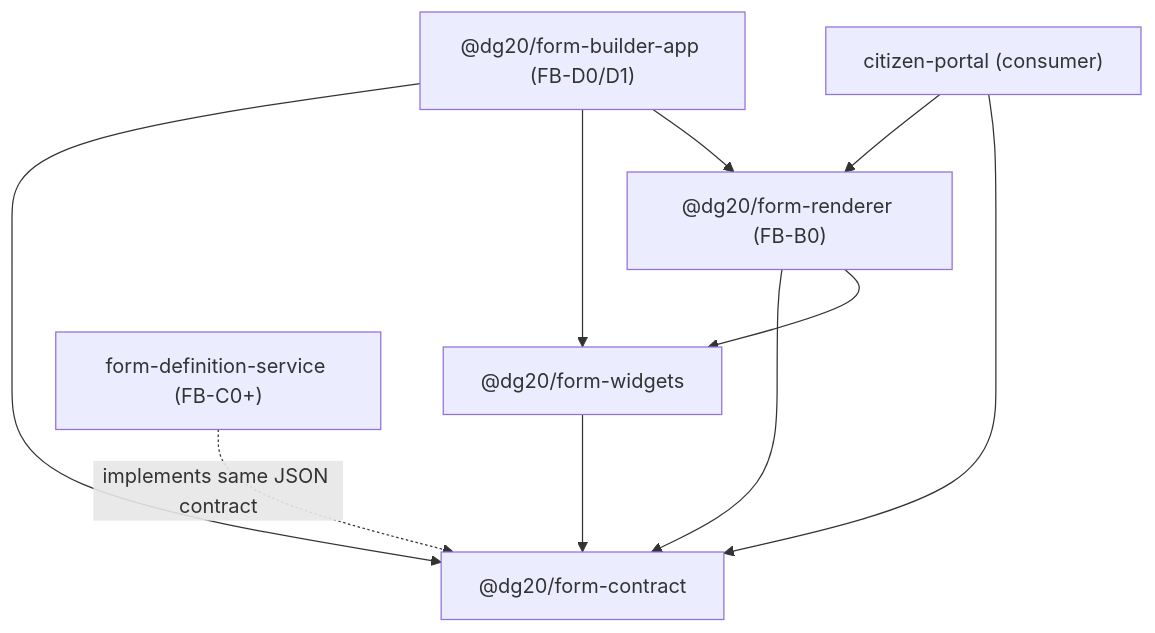
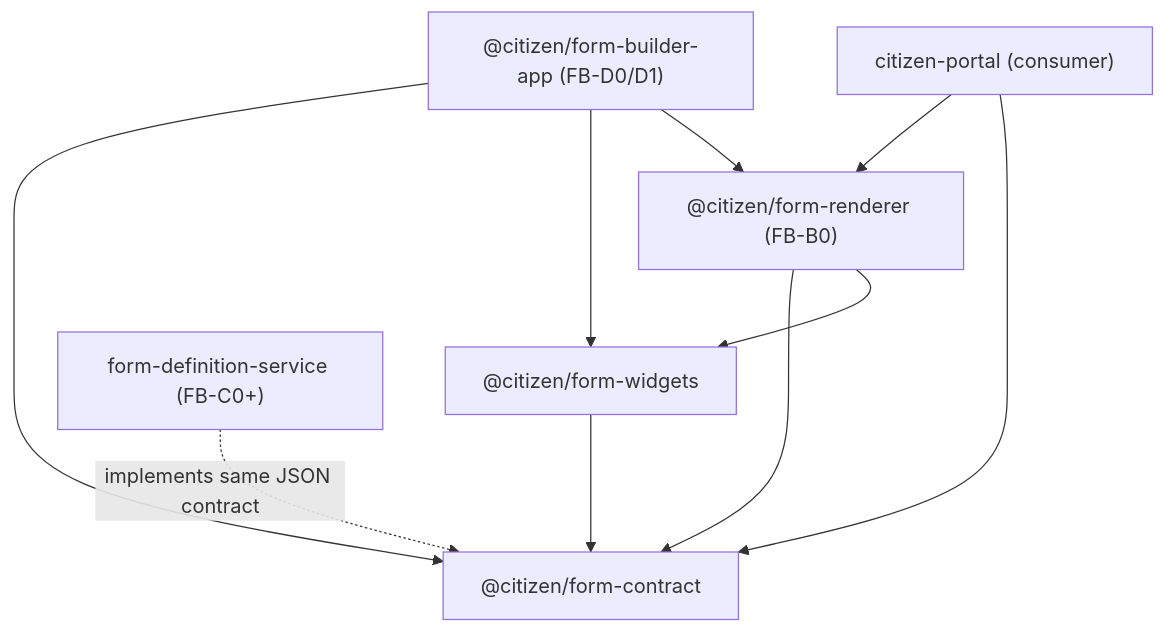
The diagram in Form-builder/docs/architecture.md (khannas43/citizen-service), drawn with Mermaid before and after one commit. The commit also changed other lines of this file and 1425 other files, not shown here.

````diff
--- a/Form-builder/docs/architecture.md
+++ b/Form-builder/docs/architecture.md
@@ -23,19 +23,19 @@
 ```mermaid
 flowchart TB
-  contract["@dg20/form-contract"]
-  widgets["@dg20/form-widgets"]
-  renderer["@dg20/form-renderer (FB-B0)"]
-  builder["@dg20/form-builder-app (FB-D0/D1)"]
+  contract["@citizen/form-contract"]
+  widgets["@citizen/form-widgets"]
+  renderer["@citizen/form-renderer (FB-B0)"]
+  builder["@citizen/form-builder-app (FB-D0/D1)"]
   citizen["citizen-portal (consumer)"]
   spring["form-definition-service (FB-C0+)"]
 
   widgets --> contract
   renderer --> contract
   renderer --> widgets
   builder --> contract
   builder --> widgets
   builder --> renderer
   citizen --> renderer
   citizen --> contract
   spring -.->|"implements same JSON contract"| contract
 ```
````
